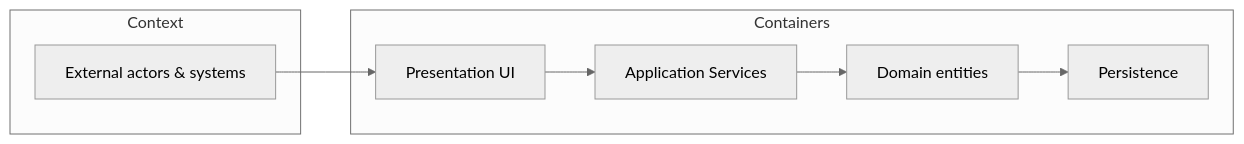
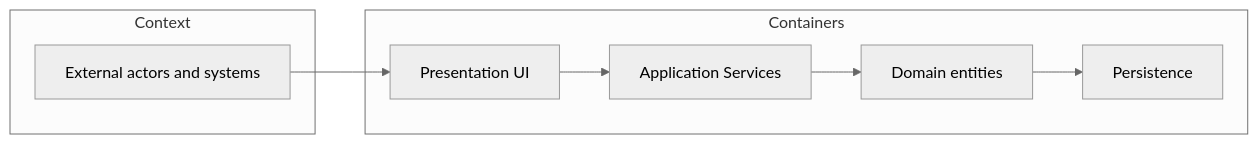
Before and after one commit to TomRathbun/ciss_se_capstone: the diagram in content/modules/se-04-architecture.md, drawn with Mermaid (neutral theme). The commit also changed other lines of this file and 22 other files, not shown here.

````diff
--- a/content/modules/se-04-architecture.md
+++ b/content/modules/se-04-architecture.md
@@ -67,16 +69,16 @@
 ```mermaid
 graph LR
     subgraph Context
-        EXT[External actors & systems]
+        EXT[External actors and systems]
     end
     subgraph Containers
         UI[Presentation UI]
         APP[Application Services]
         DOM[Domain entities]
         DB[Persistence]
     end
     EXT --> UI
     UI --> APP
     APP --> DOM
     DOM --> DB
 ```
````
